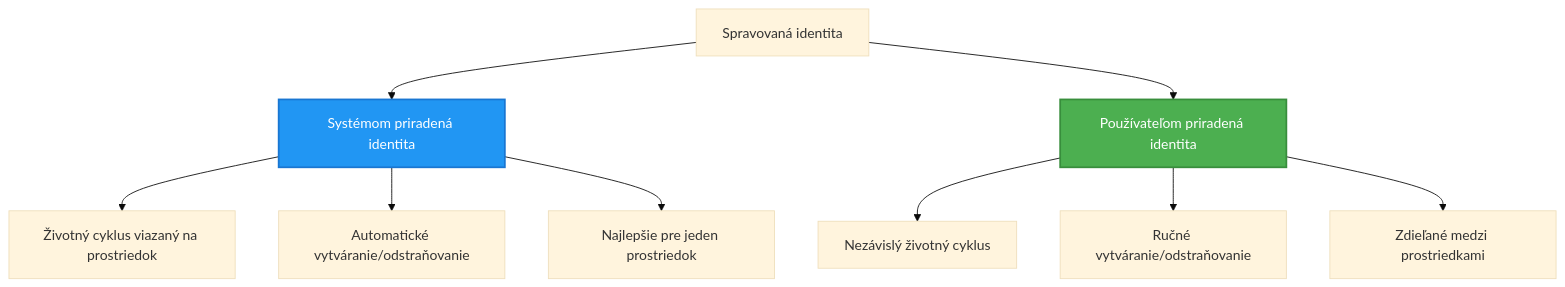
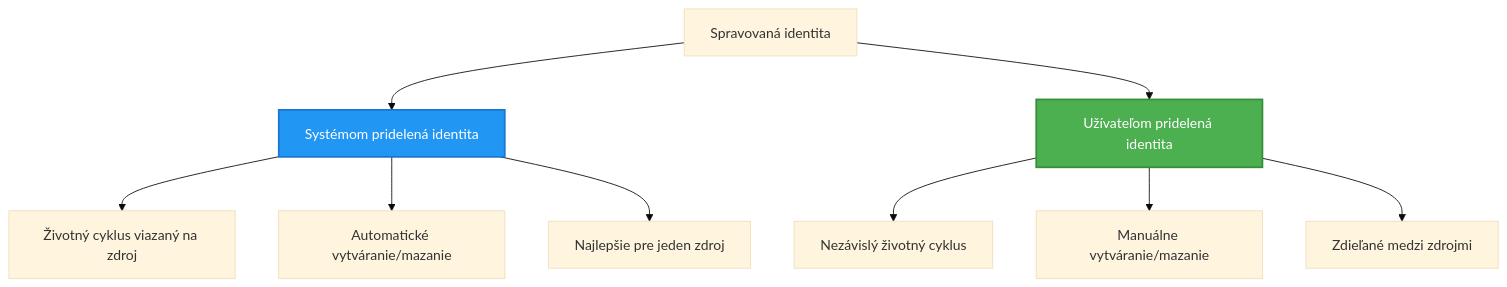
One commit to microsoft/AZD-for-beginners changed the second of 2 diagrams in translations/sk/docs/chapter-03-configuration/authsecurity.md. Above: the diagram before and after it, drawn with Mermaid (base theme). The commit also changed other lines of this file and 104 other files, not shown here.

````diff
--- a/translations/sk/docs/chapter-03-configuration/authsecurity.md
+++ b/translations/sk/docs/chapter-03-configuration/authsecurity.md
@@ -97,20 +98,20 @@
 ```mermaid
 graph TB
     MI[Spravovaná identita]
-    SystemAssigned[Systémom priradená identita]
-    UserAssigned[Používateľom priradená identita]
+    SystemAssigned[Systémom pridelená identita]
+    UserAssigned[Užívateľom pridelená identita]
     
     MI --> SystemAssigned
     MI --> UserAssigned
     
-    SystemAssigned --> SA1[Životný cyklus viazaný na prostriedok]
-    SystemAssigned --> SA2[Automatické vytváranie/odstraňovanie]
-    SystemAssigned --> SA3[Najlepšie pre jeden prostriedok]
+    SystemAssigned --> SA1[Životný cyklus viazaný na zdroj]
+    SystemAssigned --> SA2[Automatické vytváranie/mazanie]
+    SystemAssigned --> SA3[Najlepšie pre jeden zdroj]
     
     UserAssigned --> UA1[Nezávislý životný cyklus]
-    UserAssigned --> UA2[Ručné vytváranie/odstraňovanie]
-    UserAssigned --> UA3[Zdieľané medzi prostriedkami]
+    UserAssigned --> UA2[Manuálne vytváranie/mazanie]
+    UserAssigned --> UA3[Zdieľané medzi zdrojmi]
     
     style SystemAssigned fill:#2196F3,stroke:#1976D2,stroke-width:2px,color:#fff
     style UserAssigned fill:#4CAF50,stroke:#388E3C,stroke-width:2px,color:#fff
 ```
````
